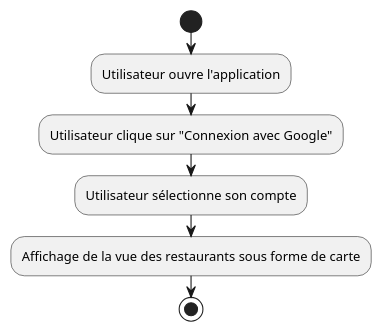
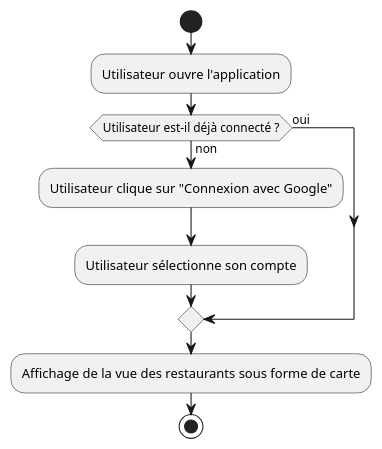
Before and after one commit to Gumpah/Go4Lunch: the diagram in diagrams/logIn.puml, drawn with PlantUML. The commit also changed 10 other files, not shown here.

```diff
--- a/diagrams/logIn.puml
+++ b/diagrams/logIn.puml
@@ -1,11 +1,14 @@
 @startuml
 'https://plantuml.com/activity-diagram-beta
 
 start
 :Utilisateur ouvre l'application;
+if (Utilisateur est-il déjà connecté ?) then (oui)
+else (non)
 :Utilisateur clique sur "Connexion avec Google";
 :Utilisateur sélectionne son compte;
+endif
 :Affichage de la vue des restaurants sous forme de carte;
 stop
 
 @enduml
```
